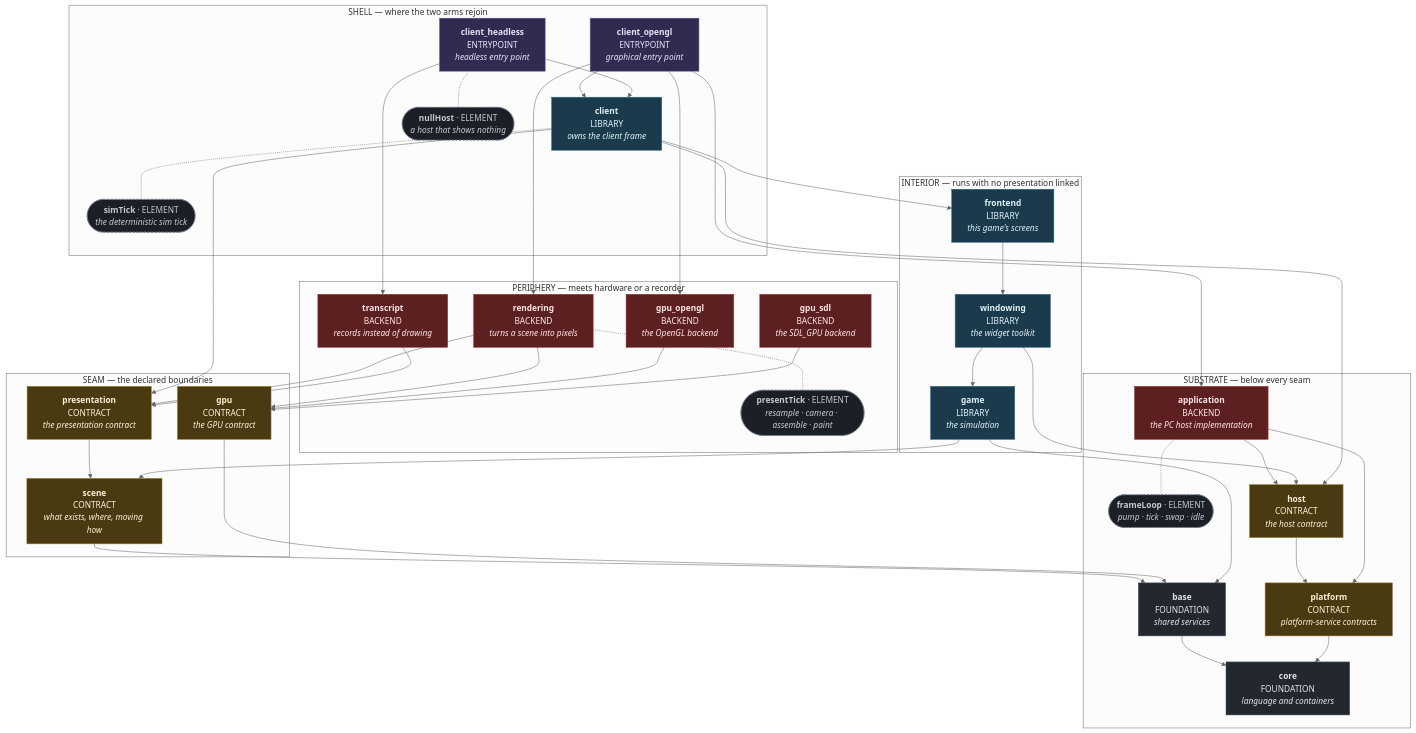
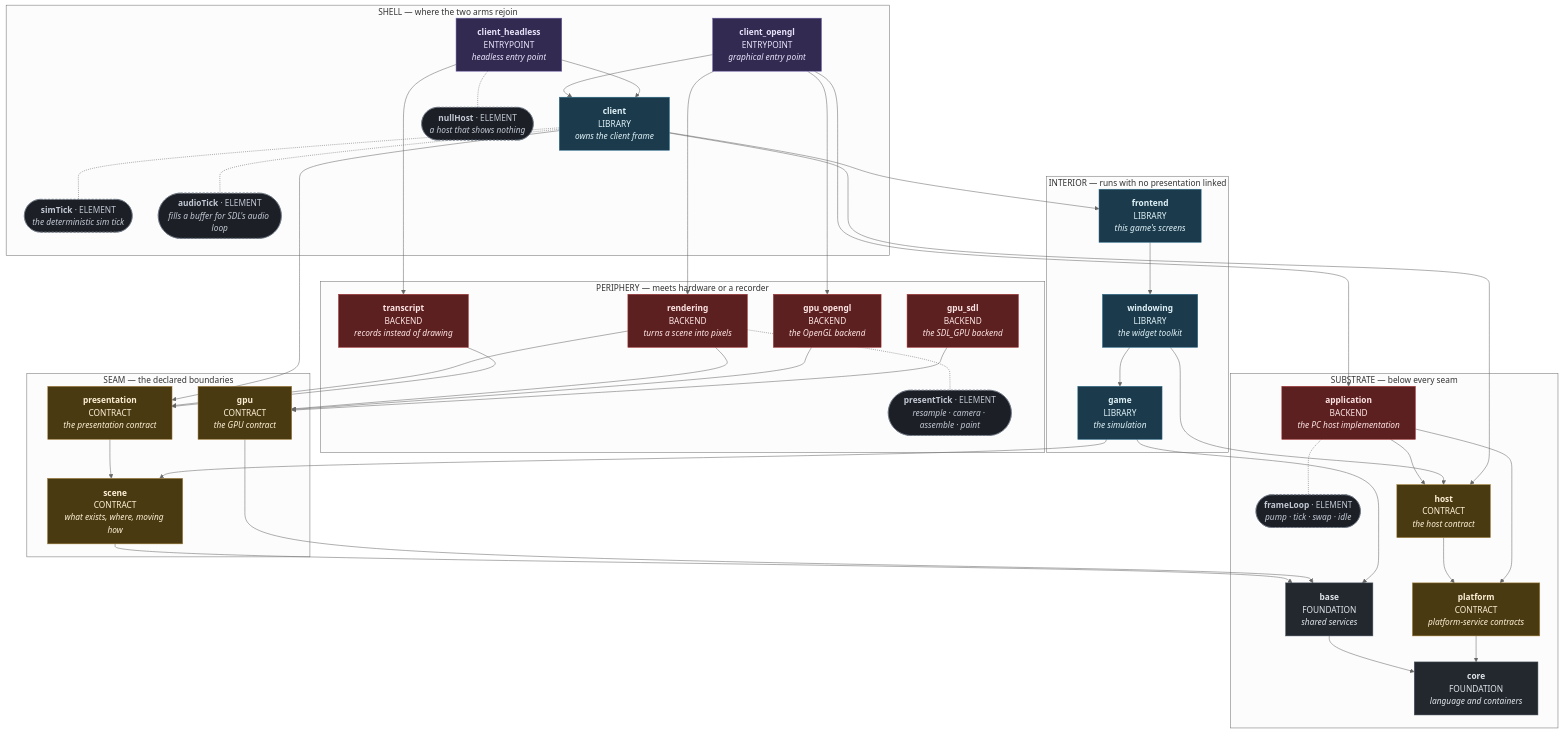
One commit to apnex/OpenStarbound changed the second of 2 diagrams in docs/superpowers/specs/2026-08-01-sovereign-headless-client-design.md. Above: the diagram before and after it, drawn with Mermaid (neutral theme). The commit also changed other lines of this file, not shown here.

First line of the commit message:
docs(spec): headless client -- the *Loop / *Tick rule, and audioTick

````diff
--- a/docs/superpowers/specs/2026-08-01-sovereign-headless-client-design.md
+++ b/docs/superpowers/specs/2026-08-01-sovereign-headless-client-design.md
@@ -384,6 +406,7 @@
   subgraph Z_SHELL ["SHELL — where the two arms rejoin"]
     shell["<b>client</b><br/>LIBRARY<br/><i>owns the client frame</i>"]
     simtick(["<b>simTick</b> · ELEMENT<br/><i>the deterministic sim tick</i>"])
+    audiotick(["<b>audioTick</b> · ELEMENT<br/><i>fills a buffer for SDL's audio loop</i>"])
     cgl["<b>client_opengl</b><br/>ENTRYPOINT<br/><i>graphical entry point</i>"]
     chl["<b>client_headless</b><br/>ENTRYPOINT<br/><i>headless entry point</i>"]
     nullhost(["<b>nullHost</b> · ELEMENT<br/><i>a host that shows nothing</i>"])
@@ -448,6 +471,7 @@
 
   app -.- frameloop
   shell -.- simtick
+  shell -.- audiotick
   rend -.- presenttick
   chl -.- nullhost
 
@@ -462,5 +486,5 @@
   class app,rend,tr,glb,sdlb kBackend
   class game,win,front,shell kLibrary
   class cgl,chl kEntrypoint
-  class frameloop,simtick,presenttick,nullhost kElement
+  class frameloop,simtick,audiotick,presenttick,nullhost kElement
 ```
````
